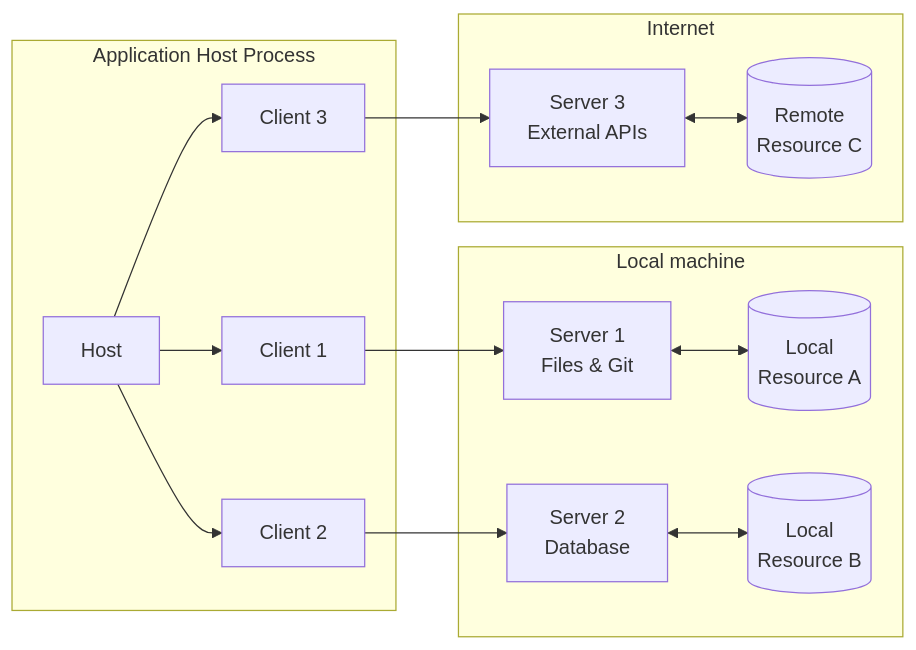
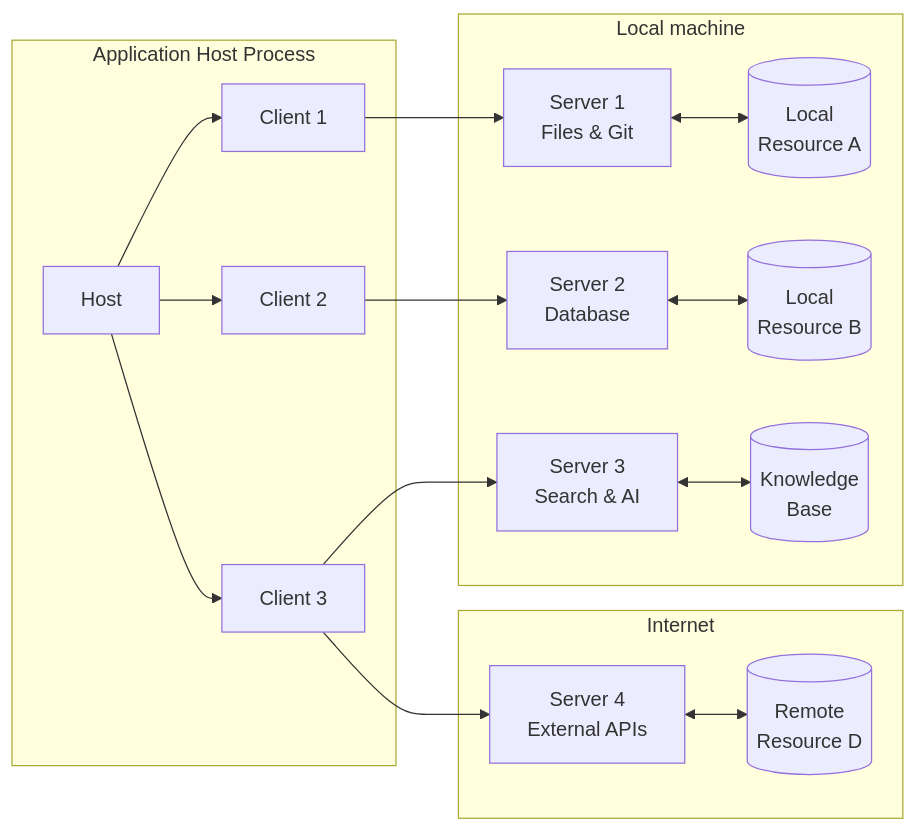
Before and after one commit to lolsZz/deepseek-engineer: the diagram in dev/docs/mcp-specification.md, drawn with Mermaid. The commit also changed other lines of this file and 122 other files, not shown here.

````diff
--- a/dev/docs/mcp-specification.md
+++ b/dev/docs/mcp-specification.md
@@ -11,32 +11,36 @@
 ```mermaid
 graph LR
     subgraph "Application Host Process"
         H[Host]
         C1[Client 1]
         C2[Client 2]
         C3[Client 3]
         H --> C1
         H --> C2
         H --> C3
     end
 
     subgraph "Local machine"
         S1[Server 1<br>Files & Git]
         S2[Server 2<br>Database]
+        S3[Server 3<br>Search & AI]
         R1[("Local<br>Resource A")]
         R2[("Local<br>Resource B")]
+        R3[("Knowledge<br>Base")]
 
         C1 --> S1
         C2 --> S2
+        C3 --> S3
         S1 <--> R1
         S2 <--> R2
+        S3 <--> R3
     end
 
     subgraph "Internet"
-        S3[Server 3<br>External APIs]
-        R3[("Remote<br>Resource C")]
+        S4[Server 4<br>External APIs]
+        R4[("Remote<br>Resource D")]
 
-        C3 --> S3
-        S3 <--> R3
+        C3 --> S4
+        S4 <--> R4
     end
 ```
````
